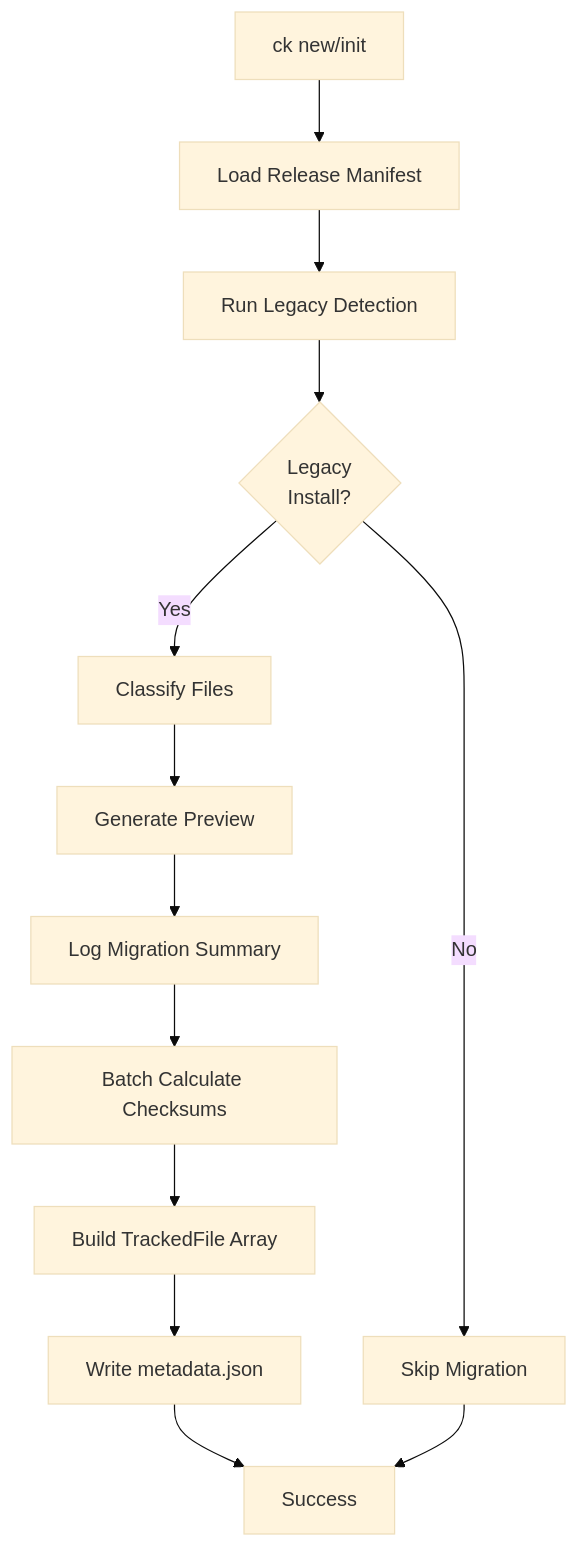
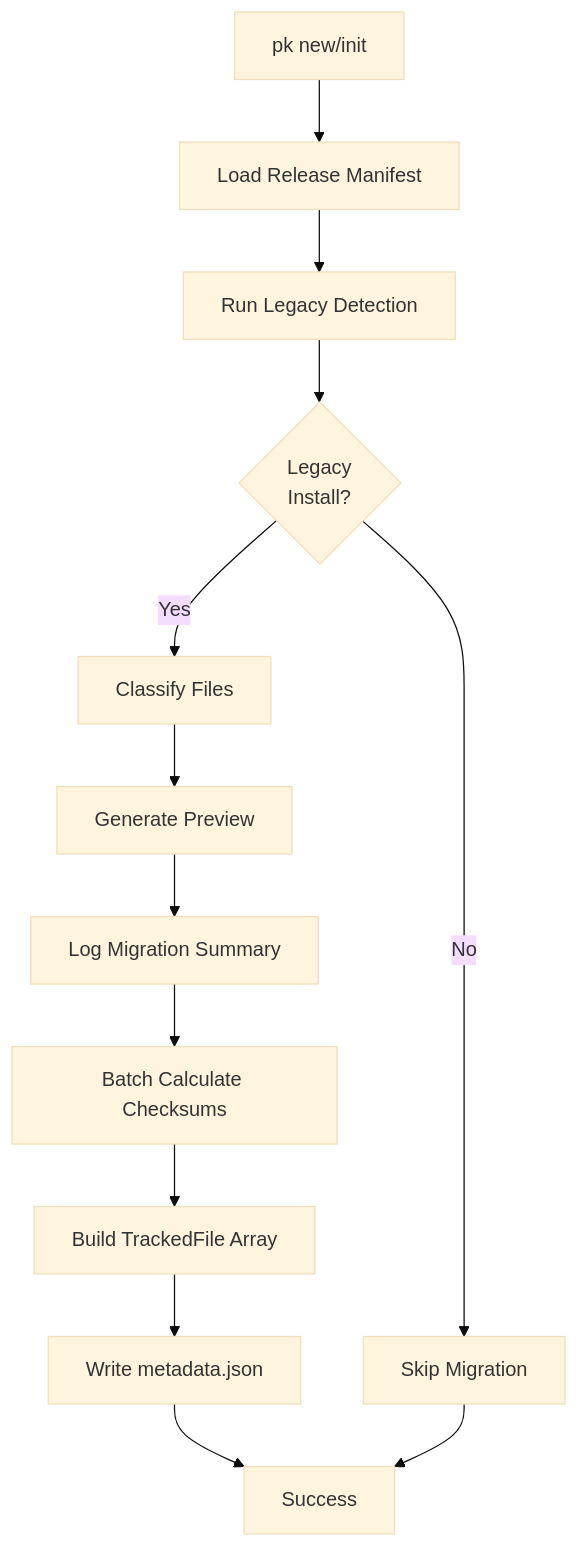
Before and after one commit to sagozen/pankit-cli: the ninth of 12 diagrams in docs/ck-command-flow-guide.md, drawn with Mermaid (base theme). The commit also changed other lines of this file and 275 other files, not shown here.

````diff
--- a/docs/ck-command-flow-guide.md
+++ b/docs/ck-command-flow-guide.md
@@ -464,15 +464,15 @@
 ```mermaid
 flowchart TD
-    A["ck new/init"] --> B["Load Release Manifest"]
+    A["pk new/init"] --> B["Load Release Manifest"]
     B --> C["Run Legacy Detection"]
     C --> D{"Legacy<br/>Install?"}
     D -->|No| E["Skip Migration"]
     D -->|Yes| F["Classify Files"]
     F --> G["Generate Preview"]
     G --> H["Log Migration Summary"]
     H --> I["Batch Calculate Checksums"]
     I --> J["Build TrackedFile Array"]
     J --> K["Write metadata.json"]
     K --> L["Success"]
     E --> L
 ```
````
